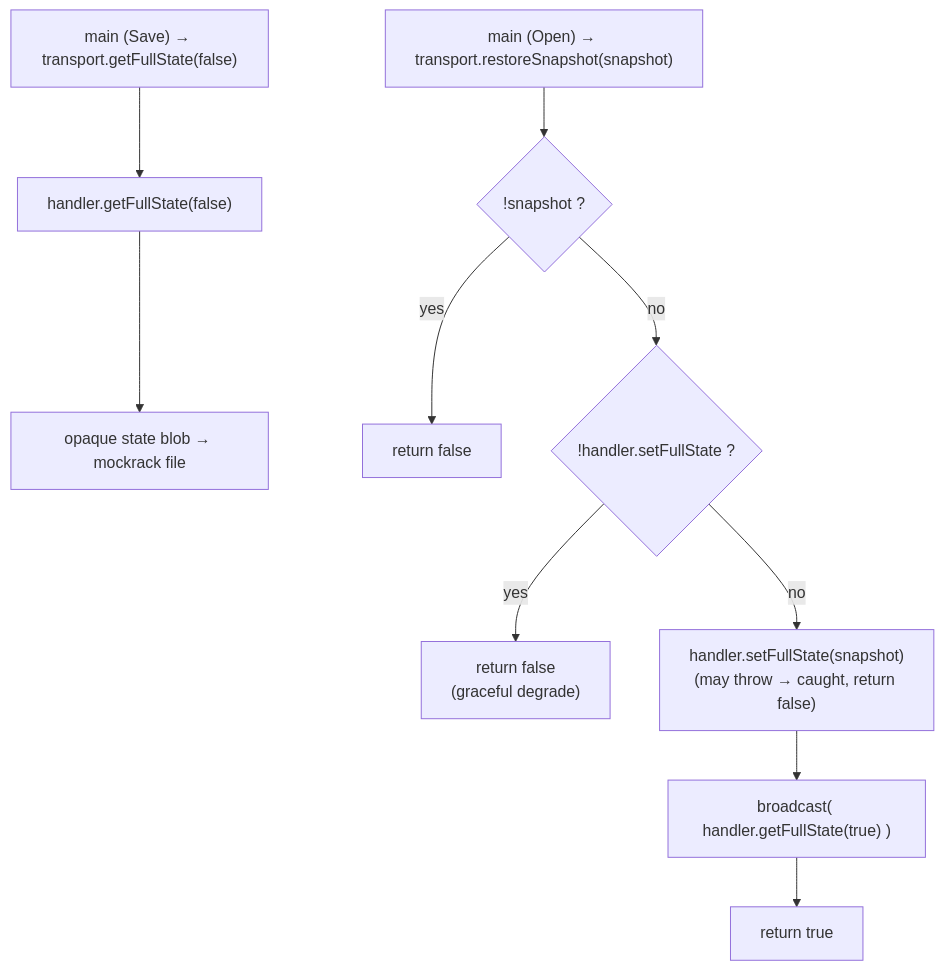
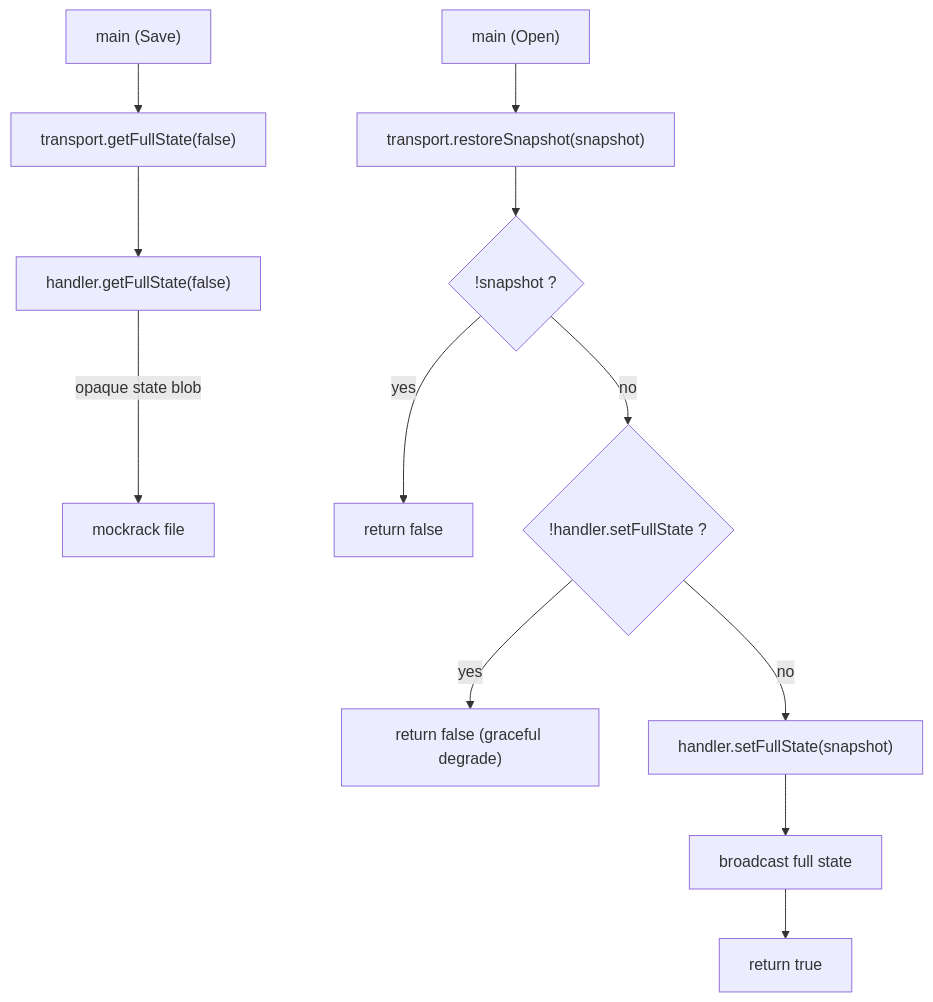
The ninth of 9 diagrams in packages/sounds-and-recreation-app/src/transport.md (uribrecher/keyboards-mcp), drawn with Mermaid before and after one commit. The commit also changed other lines of this file, not shown here.

First line of the commit message:
docs: make transport.md mermaid diagrams structural and concise

````diff
--- a/packages/sounds-and-recreation-app/src/transport.md
+++ b/packages/sounds-and-recreation-app/src/transport.md
@@ -215,15 +221,15 @@
 ```mermaid
 flowchart TB
-    save["main (Save) → transport.getFullState(false)"]
-    save --> s1["handler.getFullState(false)"]
-    s1 --> s2["opaque state blob → mockrack file"]
+    saveMain["main (Save)"] --> gfs["transport.getFullState(false)"]
+    gfs --> hgfs["handler.getFullState(false)"]
+    hgfs -- "opaque state blob" --> file["mockrack file"]
 
-    open["main (Open) → transport.restoreSnapshot(snapshot)"]
-    open --> o1{"!snapshot ?"}
+    openMain["main (Open)"] --> rs["transport.restoreSnapshot(snapshot)"]
+    rs --> o1{"!snapshot ?"}
     o1 -- "yes" --> rf1["return false"]
     o1 -- "no" --> o2{"!handler.setFullState ?"}
-    o2 -- "yes" --> rf2["return false<br/>(graceful degrade)"]
-    o2 -- "no" --> o3["handler.setFullState(snapshot)<br/>(may throw → caught, return false)"]
-    o3 --> o4["broadcast( handler.getFullState(true) )"]
+    o2 -- "yes" --> rf2["return false (graceful degrade)"]
+    o2 -- "no" --> o3["handler.setFullState(snapshot)"]
+    o3 --> o4["broadcast full state"]
     o4 --> rt["return true"]
 ```
````
